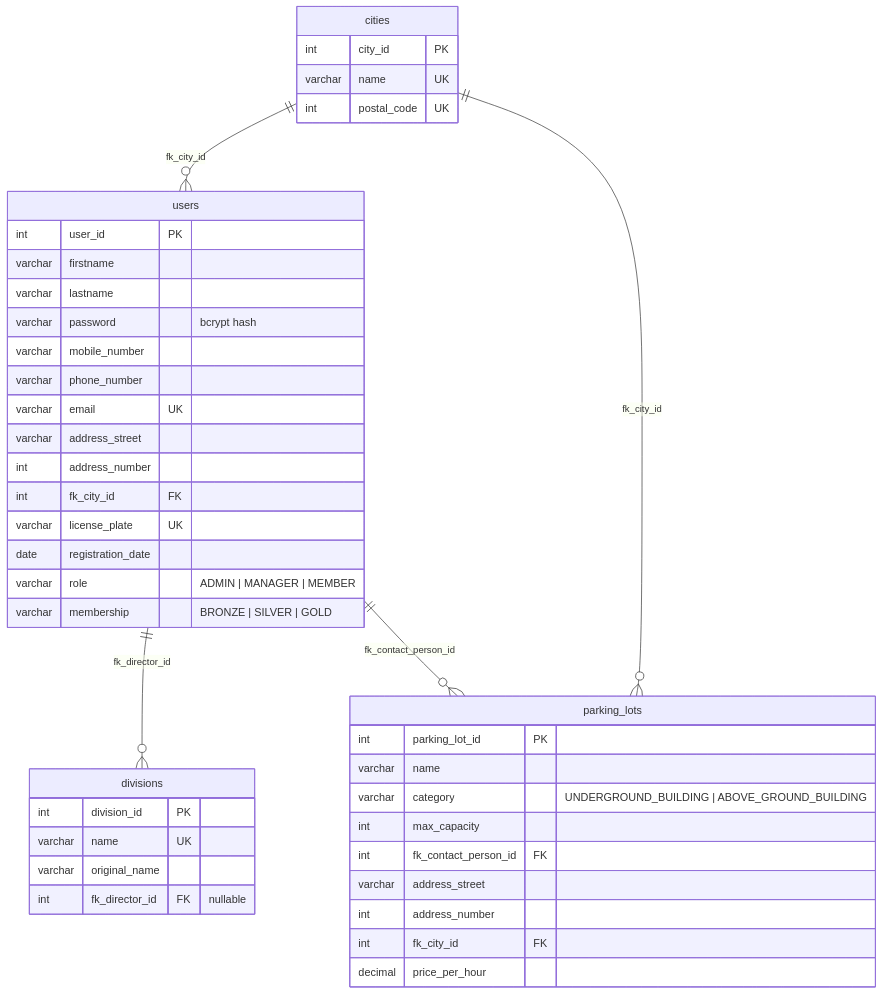
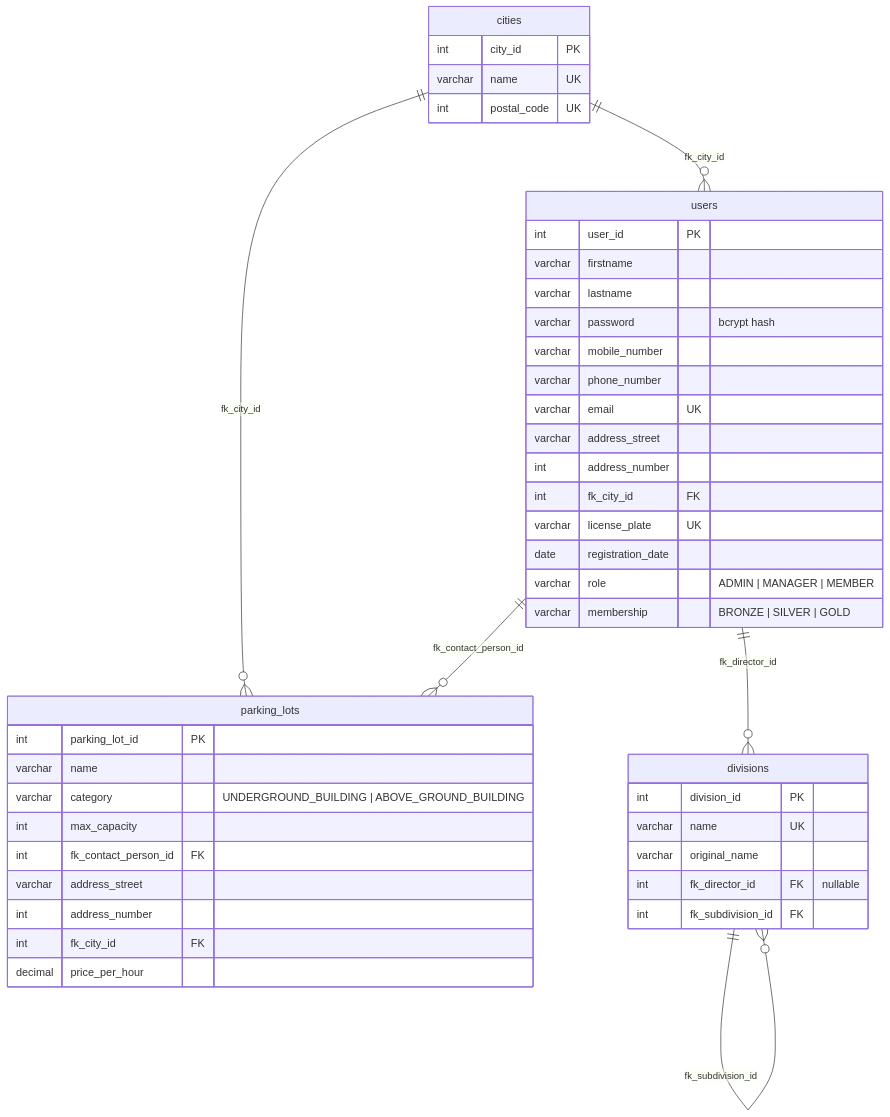
The diagram in DATABASE.md (nomoli98/2026_Switchfully_sharkpark), drawn with Mermaid before and after one commit. The commit also changed other lines of this file, not shown here.

Commit message:
doc: add subdivision

````diff
--- a/DATABASE.md
+++ b/DATABASE.md
@@ -9,46 +9,48 @@
 ```mermaid
 erDiagram
     cities ||--o{ users: "fk_city_id"
     cities ||--o{ parking_lots: "fk_city_id"
     users ||--o{ divisions: "fk_director_id"
+    divisions ||--o{ divisions: "fk_subdivision_id"
     users ||--o{ parking_lots: "fk_contact_person_id"
 
     cities {
         int city_id PK
         varchar name UK
         int postal_code UK
     }
     users {
         int user_id PK
         varchar firstname
         varchar lastname
         varchar password "bcrypt hash"
         varchar mobile_number
         varchar phone_number
         varchar email UK
         varchar address_street
         int address_number
         int fk_city_id FK
         varchar license_plate UK
         date registration_date
         varchar role "ADMIN | MANAGER | MEMBER"
         varchar membership "BRONZE | SILVER | GOLD"
     }
     divisions {
         int division_id PK
         varchar name UK
         varchar original_name
         int fk_director_id FK "nullable"
+        int fk_subdivision_id FK
     }
     parking_lots {
         int parking_lot_id PK
         varchar name
         varchar category "UNDERGROUND_BUILDING | ABOVE_GROUND_BUILDING"
         int max_capacity
         int fk_contact_person_id FK
         varchar address_street
         int address_number
         int fk_city_id FK
         decimal price_per_hour
     }
 ```
````
